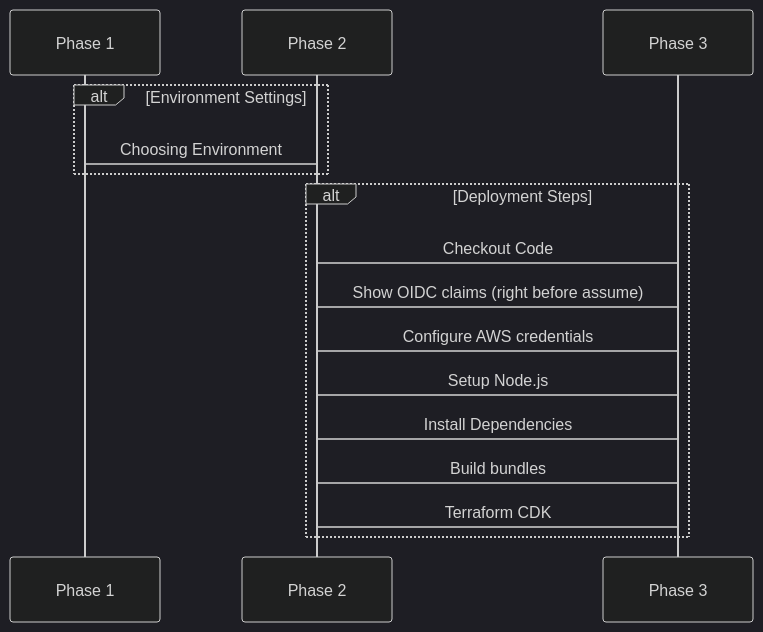
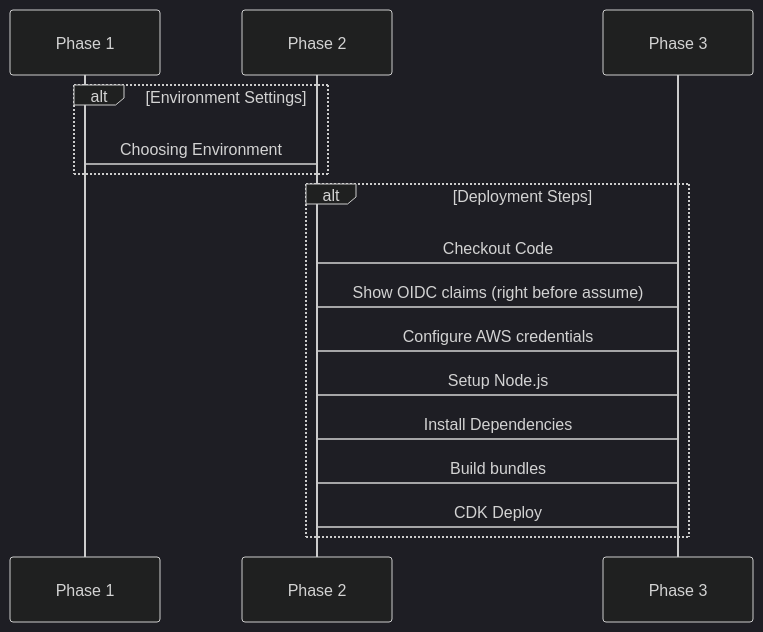
One commit to govuk-once/gds-unified-notification-service changed the third of 3 diagrams in .github/README-Pipelines.md. Above: the diagram before and after it, drawn with Mermaid (dark theme). The commit also changed other lines of this file and 10 other files, not shown here.

````diff
--- a/.github/README-Pipelines.md
+++ b/.github/README-Pipelines.md
@@ -105,15 +107,15 @@
 ```mermaid
 sequenceDiagram
     alt Environment Settings
       Phase 1->Phase 2: Choosing Environment
     end
     alt Deployment Steps
       Phase 2->Phase 3: Checkout Code
       Phase 2->Phase 3: Show OIDC claims (right before assume)
       Phase 2->Phase 3: Configure AWS credentials
       Phase 2->Phase 3: Setup Node.js
       Phase 2->Phase 3: Install Dependencies
       Phase 2->Phase 3: Build bundles
-      Phase 2->Phase 3: Terraform CDK
+      Phase 2->Phase 3: CDK Deploy
     end
 ```
````
